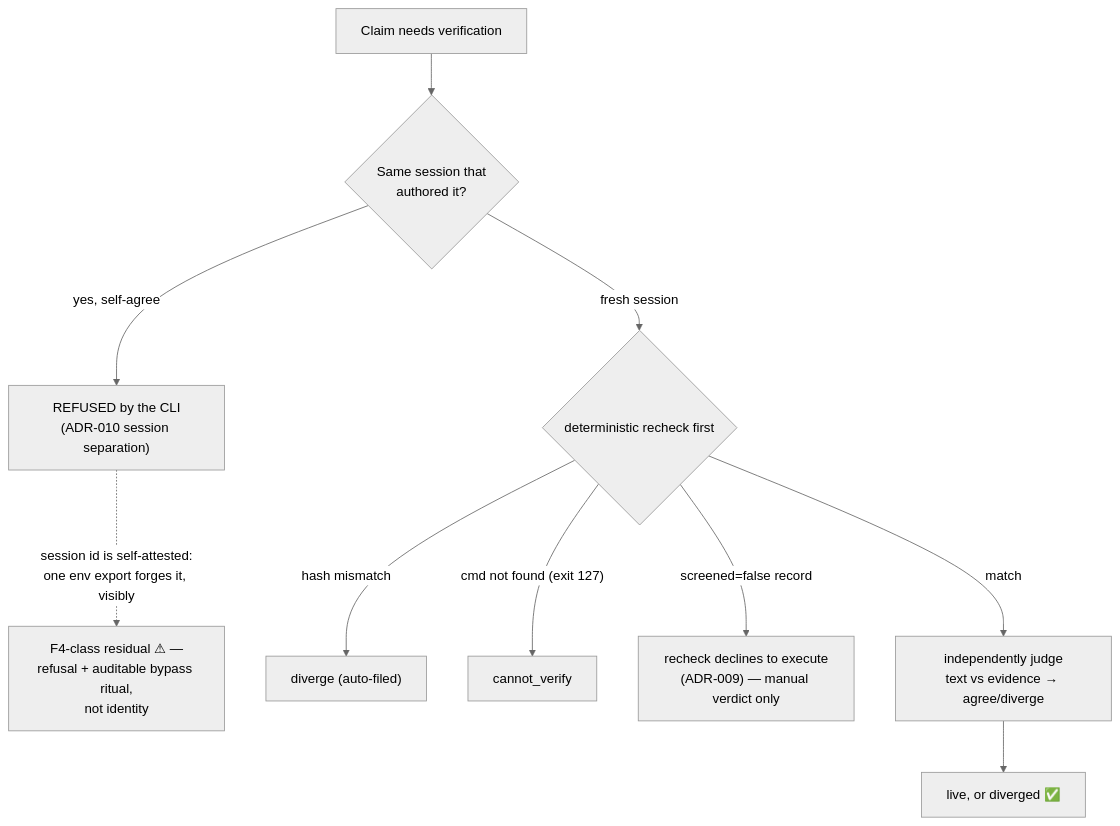
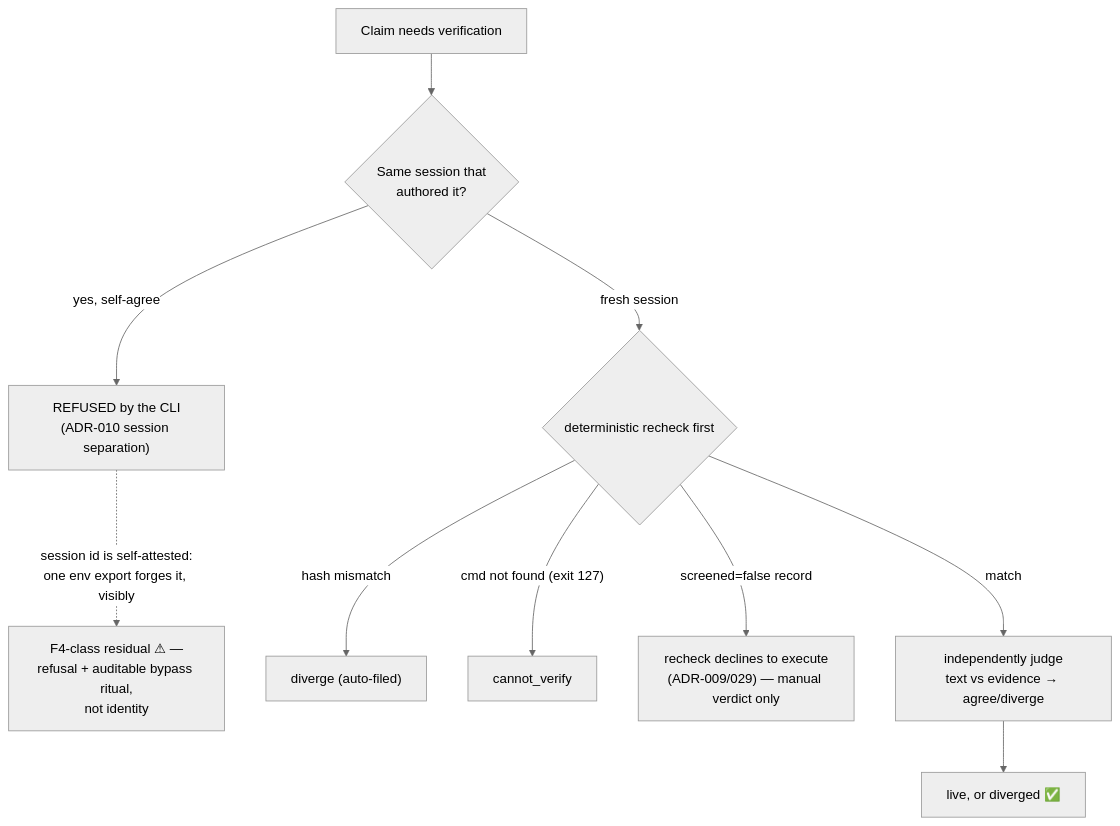
One commit to m1981/truth-ledger changed the fourth of 5 diagrams in docs/truth-ledger-loophole-map.md. Above: the diagram before and after it, drawn with Mermaid (neutral theme). The commit also changed other lines of this file and 2 other files, not shown here.

First line of the commit message:
docs: loophole map + operations guide content re-synced v0.6.4/v0.9.0 -> v0.9.13 (roadmap backlog); 5 entries closed/updated, 5 new residuals (ADR-030 reaffirm, hollow-VERIFIED, ADR-028); ops guide gains reaffirm operation + ADR-031 validate semantics

````diff
--- a/docs/truth-ledger-loophole-map.md
+++ b/docs/truth-ledger-loophole-map.md
@@ -109,12 +160,12 @@
 ```mermaid
 flowchart TD
     V["Claim needs verification"] --> D1{"Same session that<br/>authored it?"}
     D1 -->|"yes, self-agree"| SV["REFUSED by the CLI<br/>(ADR-010 session separation)"]
     SV -.->|"session id is self-attested:<br/>one env export forges it, visibly"| WEAK["F4-class residual ⚠ —<br/>refusal + auditable bypass ritual,<br/>not identity"]
     D1 -->|"fresh session"| REC{"deterministic recheck first"}
     REC -->|"hash mismatch"| DIV["diverge (auto-filed)"]
     REC -->|"cmd not found (exit 127)"| CV["cannot_verify"]
-    REC -->|"screened=false record"| NX["recheck declines to execute<br/>(ADR-009) — manual verdict only"]
+    REC -->|"screened=false record"| NX["recheck declines to execute<br/>(ADR-009/029) — manual verdict only"]
     REC -->|"match"| JUDGE["independently judge<br/>text vs evidence → agree/diverge"]
     JUDGE --> LIVE2["live, or diverged ✅"]
 ```
````
